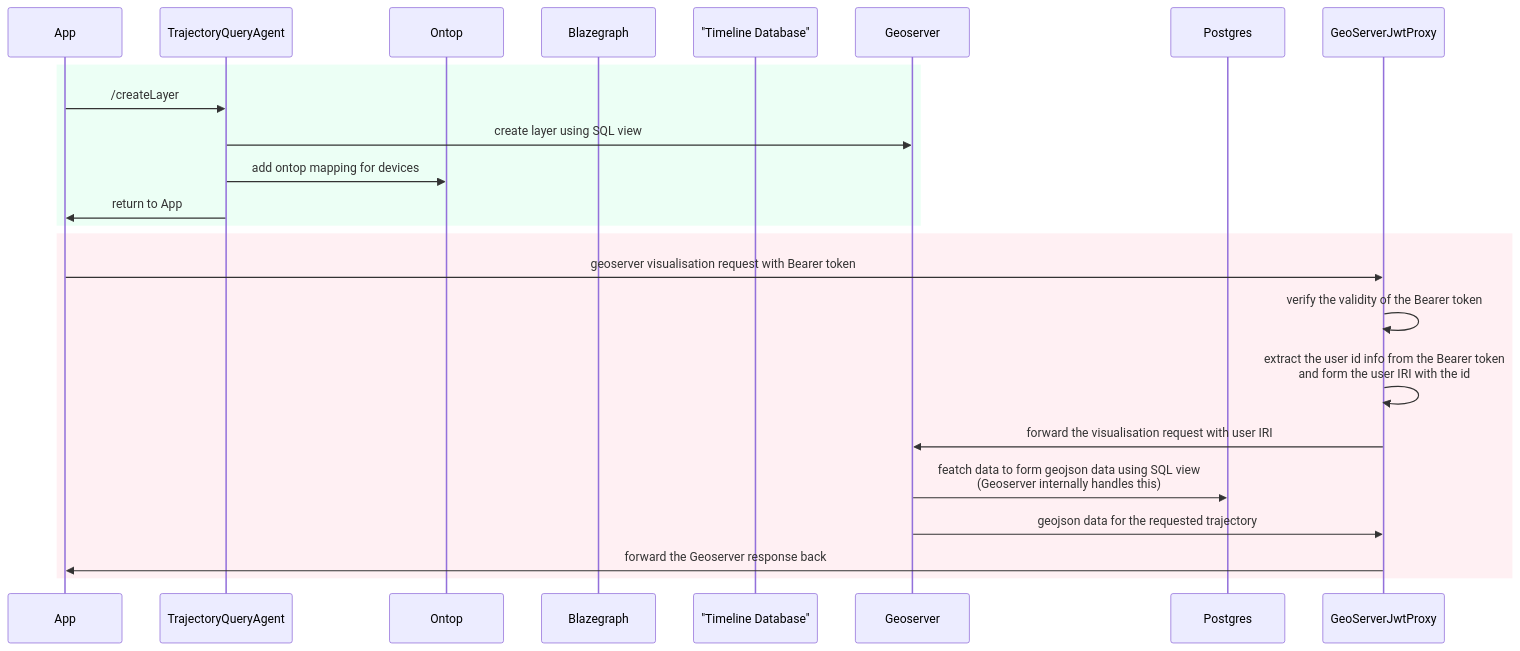
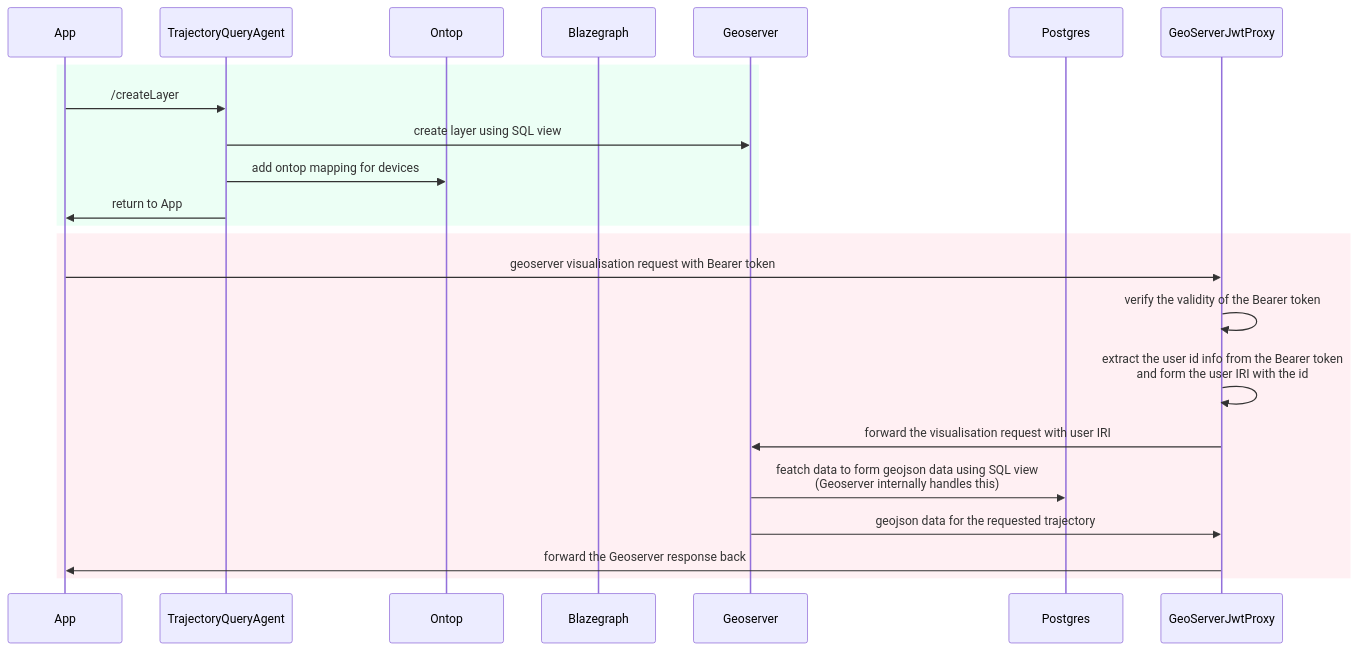
One commit to cambridge-cares/TheWorldAvatar changed the third of 3 diagrams in Apps/TimelineApp/README.md. Above: the diagram before and after it, drawn with Mermaid. The commit also changed other lines of this file, not shown here.

Commit message:
1530-update-timeline-app-documentation: add app architecture diagram

````diff
--- a/Apps/TimelineApp/README.md
+++ b/Apps/TimelineApp/README.md
@@ -123,30 +249,30 @@
 ```mermaid
 sequenceDiagram
     participant App
     participant TrajectoryQueryAgent
     participant Ontop
     participant Blazegraph
-    participant TimelineDB as "Timeline Database"
     participant Geoserver
     participant Postgres
     participant GeoServerJwtProxy
 
     %% --- Create geoserver layers with TrajecotryQueryAgent ---
     
     rect rgba(161, 255, 206,0.2)
     App->>TrajectoryQueryAgent: /createLayer
     TrajectoryQueryAgent->>Geoserver: create layer using SQL view
     TrajectoryQueryAgent->>Ontop: add ontop mapping for devices
     TrajectoryQueryAgent->>App: return to App
     end
 
+    %% --- Retrieving trajectory from geoserver ---
     rect rgba(255,182,193,0.2)
     App->>GeoServerJwtProxy: geoserver visualisation request with Bearer token
     GeoServerJwtProxy->>GeoServerJwtProxy: verify the validity of the Bearer token
     GeoServerJwtProxy->>GeoServerJwtProxy: extract the user id info from the Bearer token<br/> and form the user IRI with the id
     GeoServerJwtProxy->>Geoserver: forward the visualisation request with user IRI
     Geoserver->>Postgres: featch data to form geojson data using SQL view <br/>(Geoserver internally handles this)
     Geoserver->>GeoServerJwtProxy: geojson data for the requested trajectory
     GeoServerJwtProxy->>App: forward the Geoserver response back
     end
 ```
````
